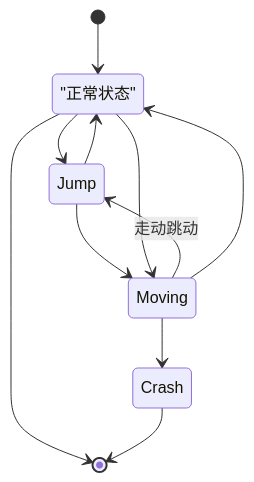
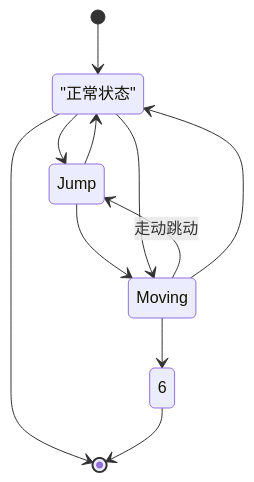
Before and after one commit to miaozhuojun/miaozhuojun.github.io: the second of 3 diagrams in _posts/2021-04-20-KMP.md, drawn with Mermaid.

```diff
--- a/_posts/2021-04-20-KMP.md
+++ b/_posts/2021-04-20-KMP.md
@@ -65,14 +65,14 @@
 <div class="mermaid">
 stateDiagram
     IDLE: "正常状态"
     [*] --> IDLE
     IDLE --> [*]
     IDLE --> Jump 
     Jump --> IDLE
     Moving --> Jump : 走动跳动
     Jump --> Moving
     IDLE --> Moving
     Moving --> IDLE
-    Moving --> Crash
-    Crash --> [*]
+    Moving --> 6
+    6 --> [*]
 </div>
```
